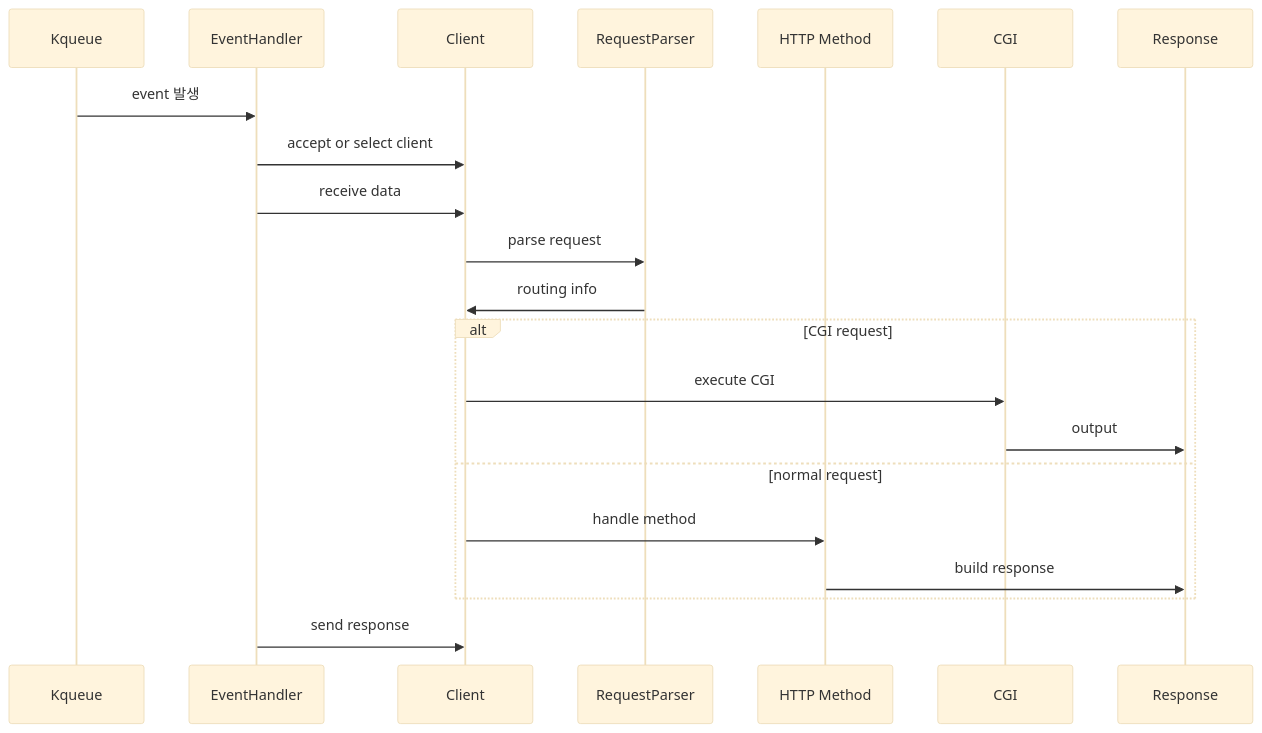
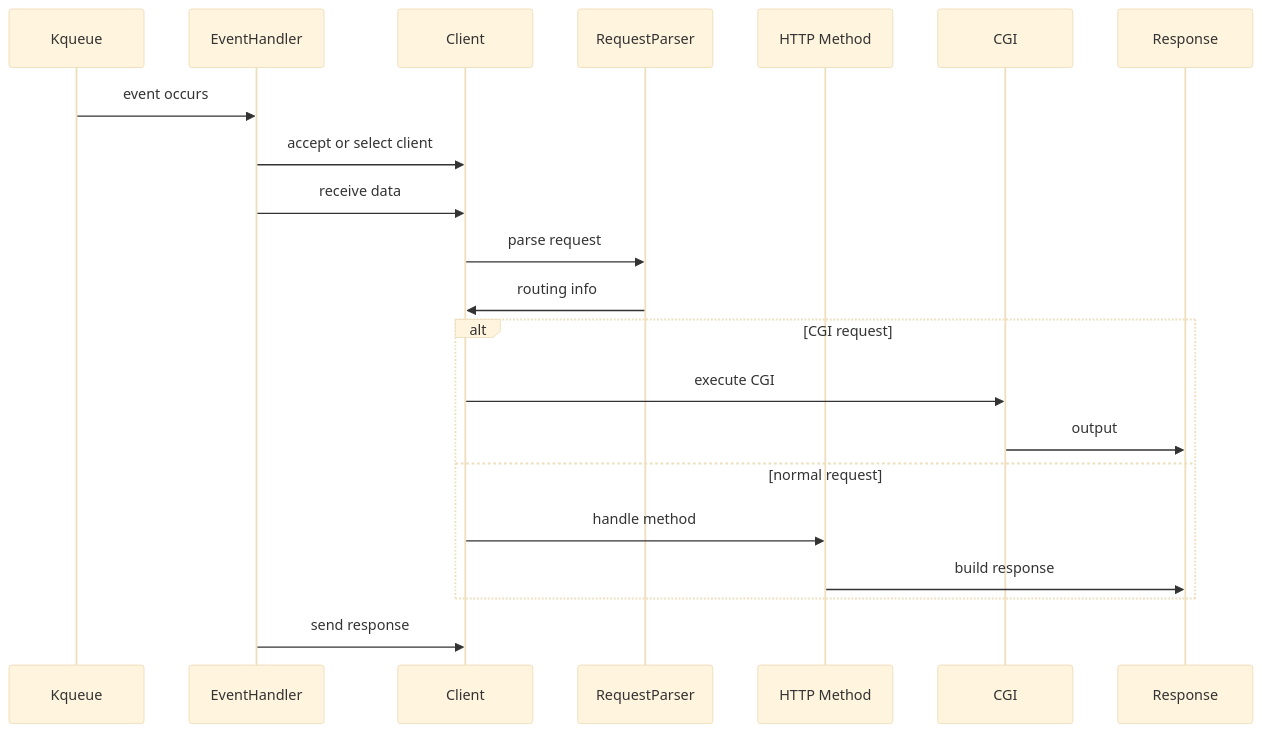
Before and after one commit to Clearsu/webserv: the second of 3 diagrams in README.md, drawn with Mermaid (base theme). The commit also changed other lines of this file, not shown here.

First line of the commit message:
Revise README with architecture diagrams and details

````diff
--- a/README.md
+++ b/README.md
@@ -54,26 +61,26 @@
 ```mermaid
 sequenceDiagram
   participant KQ as Kqueue
   participant EH as EventHandler
   participant CL as Client
   participant RP as RequestParser
   participant MT as HTTP Method
   participant CGI as CGI
   participant RS as Response
 
-  KQ->>EH: event 발생
+  KQ->>EH: event occurs
   EH->>CL: accept or select client
   EH->>CL: receive data
   CL->>RP: parse request
   RP->>CL: routing info
 
   alt CGI request
     CL->>CGI: execute CGI
     CGI->>RS: output
   else normal request
     CL->>MT: handle method
     MT->>RS: build response
   end
 
   EH->>CL: send response
 ```
````
